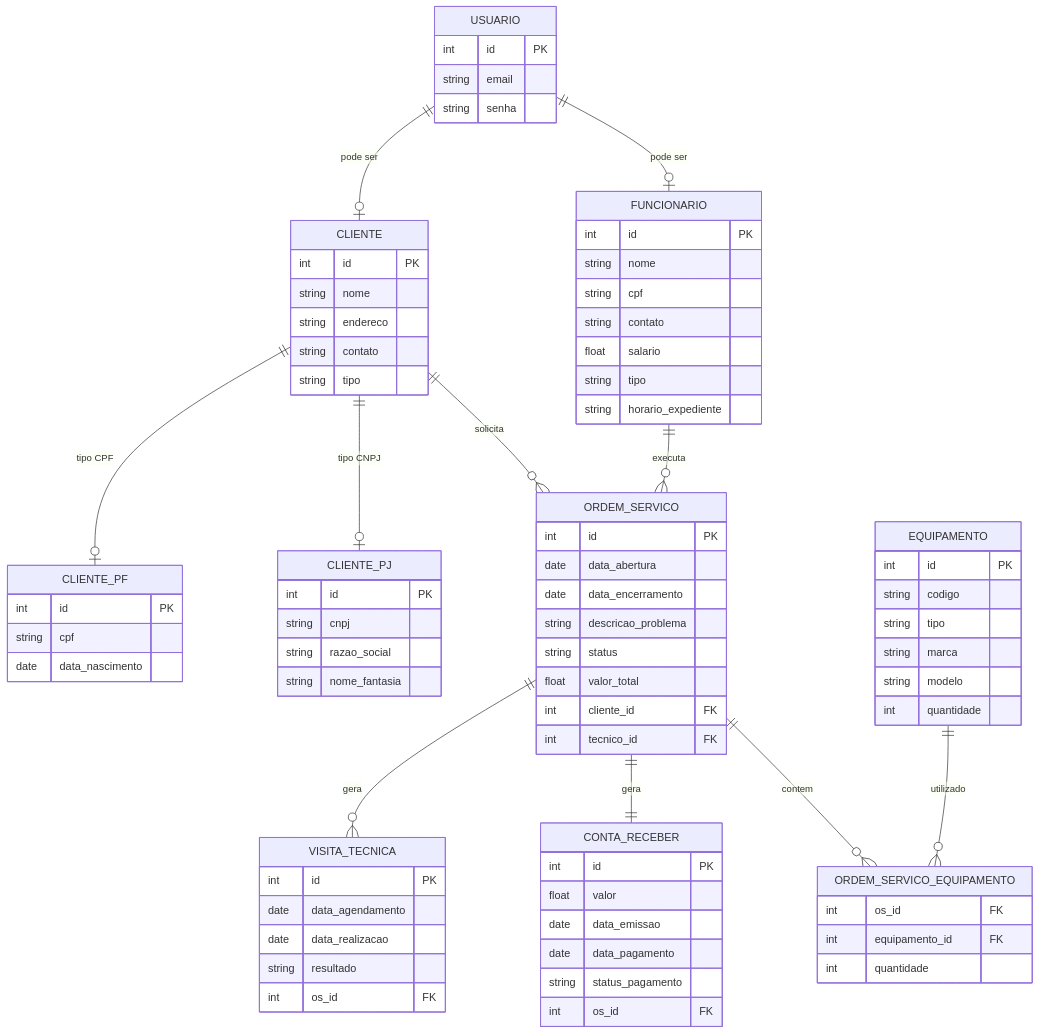
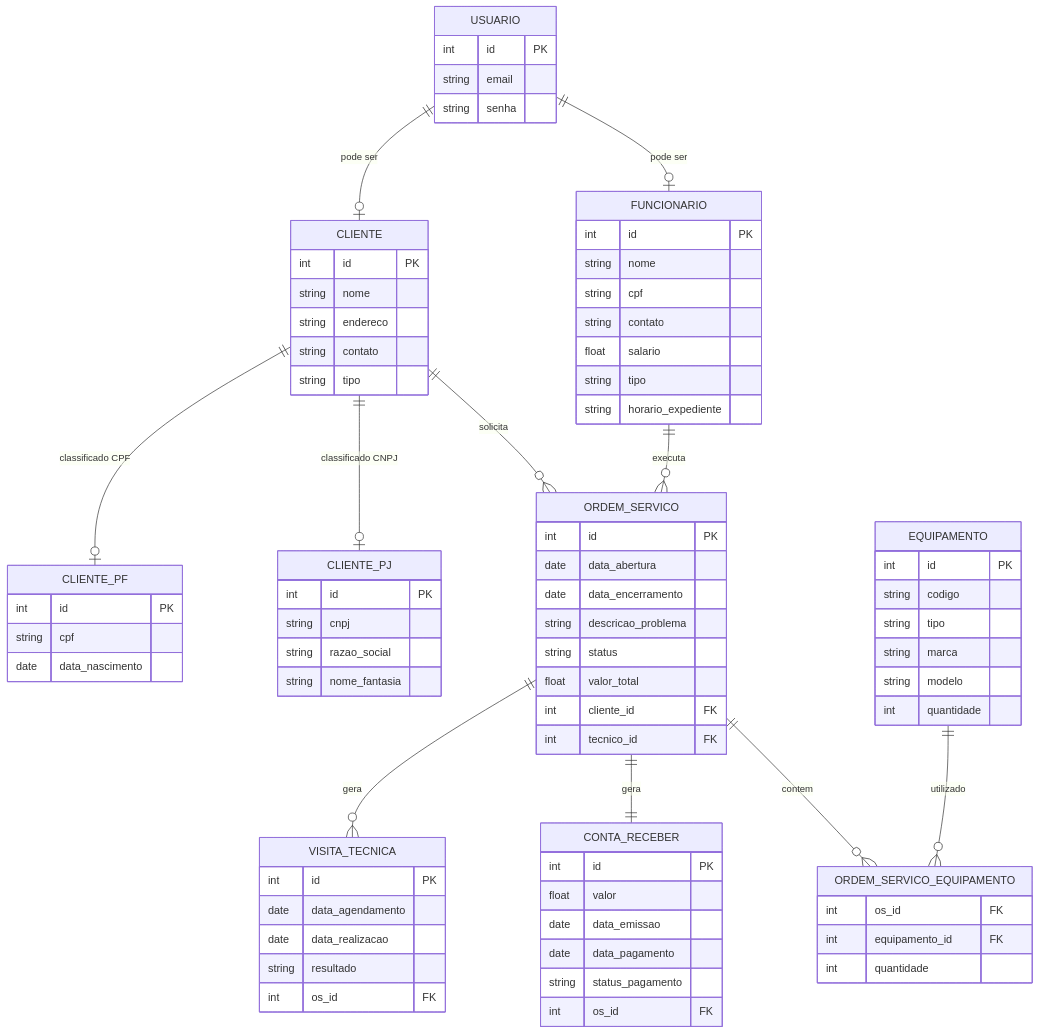
The diagram in 2026/doc-visao.md (Got7mj/assistencia), drawn with Mermaid before and after one commit.

Commit message:
Update CLIENTE relationship labels in doc-visao.md

```diff
--- a/2026/doc-visao.md
+++ b/2026/doc-visao.md
@@ -218,8 +218,8 @@
     
     USUARIO ||--o| CLIENTE : "pode ser"
     USUARIO ||--o| FUNCIONARIO : "pode ser"
-    CLIENTE ||--o| CLIENTE_PF : "tipo CPF"
-    CLIENTE ||--o| CLIENTE_PJ : "tipo CNPJ"
+    CLIENTE ||--o| CLIENTE_PF : "classificado CPF"
+    CLIENTE ||--o| CLIENTE_PJ : "classificado CNPJ"
     CLIENTE ||--o{ ORDEM_SERVICO : "solicita"
     FUNCIONARIO ||--o{ ORDEM_SERVICO : "executa"
     ORDEM_SERVICO ||--o{ VISITA_TECNICA : "gera"
```
